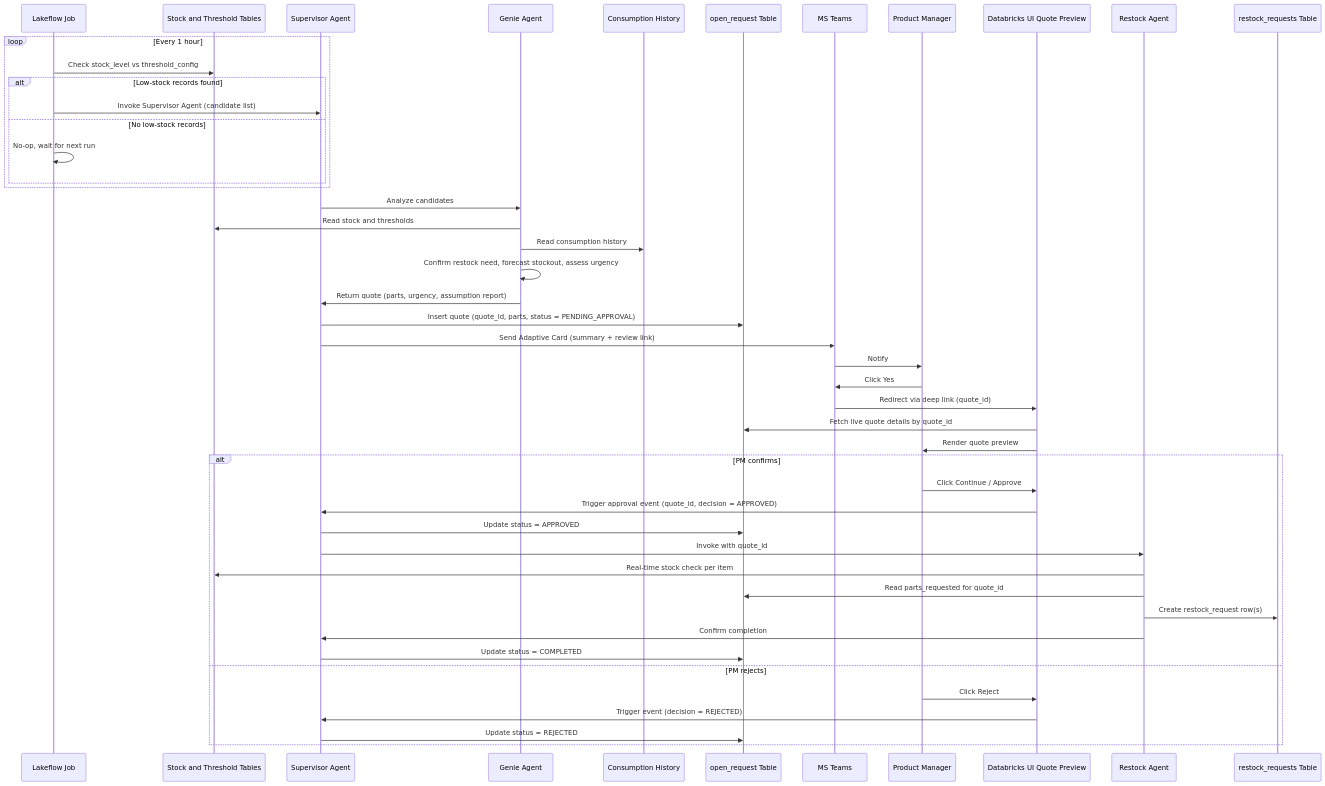
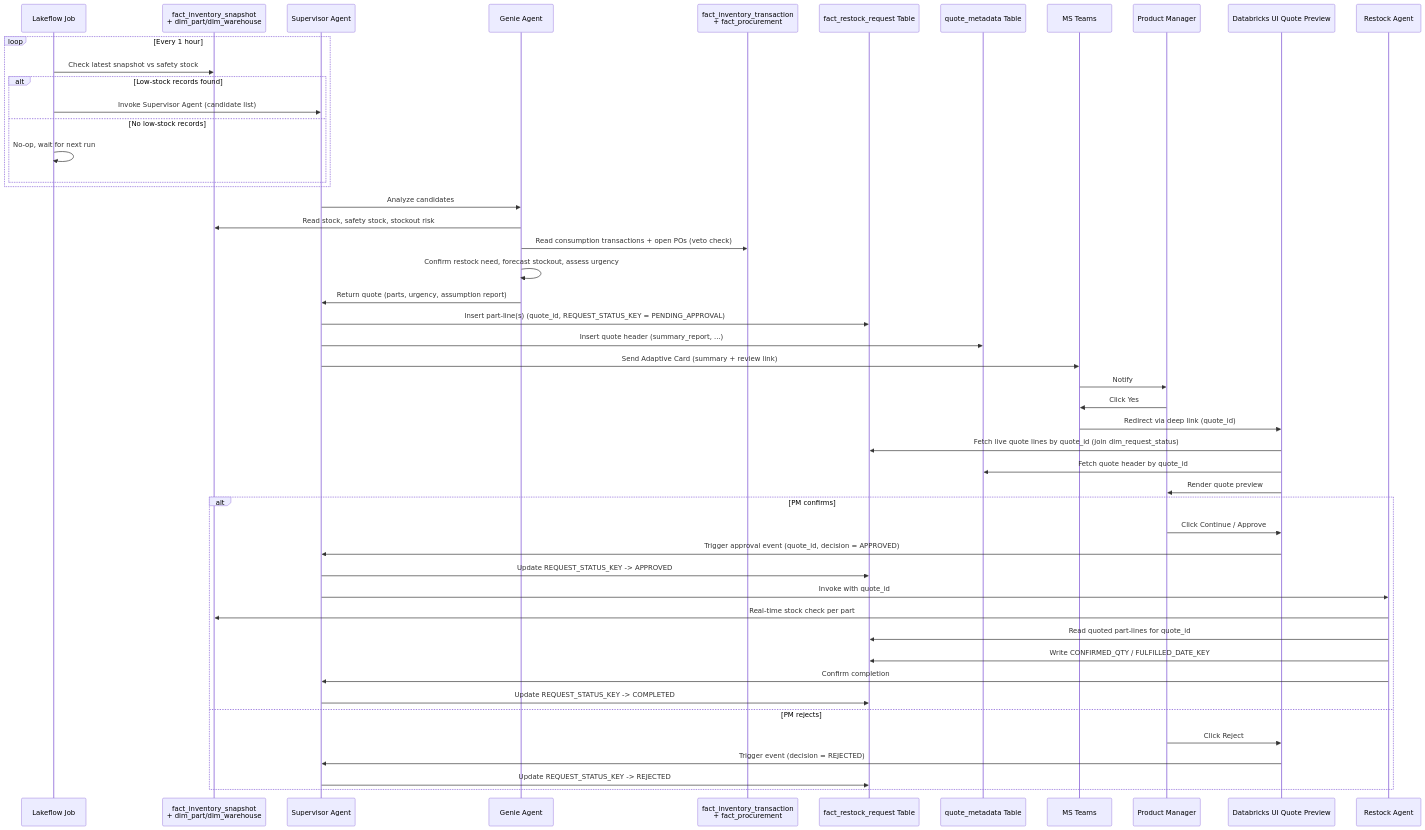
Before and after one commit to anurag-foc/restock_agent: the second of 3 diagrams in docs/architecture.md, drawn with Mermaid. The commit also changed other lines of this file and 20 other files, not shown here.

````diff
--- a/docs/architecture.md
+++ b/docs/architecture.md
@@ -114,53 +135,55 @@
 ```mermaid
 sequenceDiagram
     participant LFJ as Lakeflow Job
-    participant Data as Stock and Threshold Tables
+    participant FIS as fact_inventory_snapshot<br/>+ dim_part/dim_warehouse
     participant Sup as Supervisor Agent
     participant Genie as Genie Agent
-    participant Hist as Consumption History
-    participant OR as open_request Table
+    participant FIT as fact_inventory_transaction<br/>+ fact_procurement
+    participant FRR as fact_restock_request Table
+    participant QM as quote_metadata Table
     participant Teams as MS Teams
     participant PM as Product Manager
     participant DBUI as Databricks UI Quote Preview
     participant Restock as Restock Agent
-    participant RRT as restock_requests Table
 
     loop Every 1 hour
-        LFJ->>Data: Check stock_level vs threshold_config
+        LFJ->>FIS: Check latest snapshot vs safety stock
         alt Low-stock records found
             LFJ->>Sup: Invoke Supervisor Agent (candidate list)
         else No low-stock records
             LFJ->>LFJ: No-op, wait for next run
         end
     end
 
     Sup->>Genie: Analyze candidates
-    Genie->>Data: Read stock and thresholds
-    Genie->>Hist: Read consumption history
+    Genie->>FIS: Read stock, safety stock, stockout risk
+    Genie->>FIT: Read consumption transactions + open POs (veto check)
     Genie->>Genie: Confirm restock need, forecast stockout, assess urgency
     Genie->>Sup: Return quote (parts, urgency, assumption report)
 
-    Sup->>OR: Insert quote (quote_id, parts, status = PENDING_APPROVAL)
+    Sup->>FRR: Insert part-line(s) (quote_id, REQUEST_STATUS_KEY = PENDING_APPROVAL)
+    Sup->>QM: Insert quote header (summary_report, ...)
     Sup->>Teams: Send Adaptive Card (summary + review link)
     Teams->>PM: Notify
     PM->>Teams: Click Yes
     Teams->>DBUI: Redirect via deep link (quote_id)
-    DBUI->>OR: Fetch live quote details by quote_id
+    DBUI->>FRR: Fetch live quote lines by quote_id (join dim_request_status)
+    DBUI->>QM: Fetch quote header by quote_id
     DBUI->>PM: Render quote preview
 
     alt PM confirms
         PM->>DBUI: Click Continue / Approve
         DBUI->>Sup: Trigger approval event (quote_id, decision = APPROVED)
-        Sup->>OR: Update status = APPROVED
+        Sup->>FRR: Update REQUEST_STATUS_KEY -> APPROVED
         Sup->>Restock: Invoke with quote_id
-        Restock->>Data: Real-time stock check per item
-        Restock->>OR: Read parts_requested for quote_id
-        Restock->>RRT: Create restock_request row(s)
+        Restock->>FIS: Real-time stock check per part
+        Restock->>FRR: Read quoted part-lines for quote_id
+        Restock->>FRR: Write CONFIRMED_QTY / FULFILLED_DATE_KEY
         Restock->>Sup: Confirm completion
-        Sup->>OR: Update status = COMPLETED
+        Sup->>FRR: Update REQUEST_STATUS_KEY -> COMPLETED
     else PM rejects
         PM->>DBUI: Click Reject
         DBUI->>Sup: Trigger event (decision = REJECTED)
-        Sup->>OR: Update status = REJECTED
+        Sup->>FRR: Update REQUEST_STATUS_KEY -> REJECTED
     end
 ```
````
